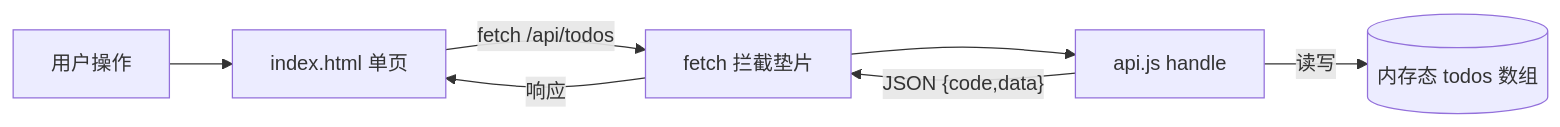
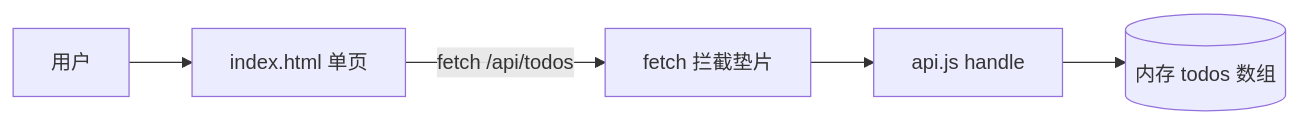
Before and after one commit to ryea0/atoms-demo: the diagram in src/lib/agents/roles/samples/design.md, drawn with Mermaid. The commit also changed other lines of this file and 7 other files, not shown here.

First line of the commit message:
feat(agents): pm + architect roles with golden samples

````diff
--- a/src/lib/agents/roles/samples/design.md
+++ b/src/lib/agents/roles/samples/design.md
@@ -14,9 +22,7 @@
 ```mermaid
 flowchart LR
-  U[用户操作] --> UI[index.html 单页]
-  UI -- fetch /api/todos --> SHIM[fetch 拦截垫片]
-  SHIM --> H[api.js handle]
-  H -- 读写 --> M[(内存态 todos 数组)]
-  H -- JSON {code,data} --> SHIM
-  SHIM -- 响应 --> UI
+  U[用户] --> P[index.html 单页]
+  P -- fetch /api/todos --> S[fetch 拦截垫片]
+  S --> H[api.js handle]
+  H --> M[(内存 todos 数组)]
 ```
````
